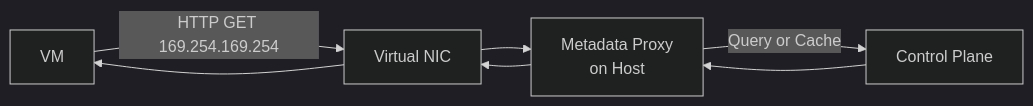
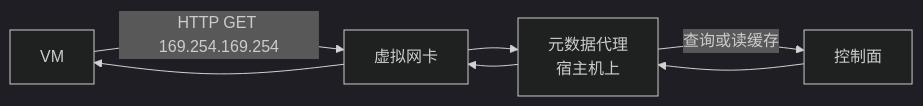
Before and after one commit to caozhiyi/network-book: the third of 5 diagrams in docs/11.VPC内的基础网络服务DHCP与DNS与元数据与弹性网卡.md, drawn with Mermaid (dark theme). The commit also changed other lines of this file and 77 other files, not shown here.

````diff
--- a/docs/11.VPC内的基础网络服务DHCP与DNS与元数据与弹性网卡.md
+++ b/docs/11.VPC内的基础网络服务DHCP与DNS与元数据与弹性网卡.md
@@ -109,9 +109,9 @@
 ```mermaid
 graph LR
-    VM[VM] -->|HTTP GET 169.254.169.254| vNIC[Virtual NIC]
-    vNIC --> MP[Metadata Proxy<br/>on Host]
-    MP -->|Query or Cache| CP[Control Plane]
+    VM[VM] -->|HTTP GET 169.254.169.254| vNIC[虚拟网卡]
+    vNIC --> MP[元数据代理<br/>宿主机上]
+    MP -->|查询或读缓存| CP[控制面]
     CP --> MP
     MP --> vNIC
     vNIC --> VM
 ```
````
